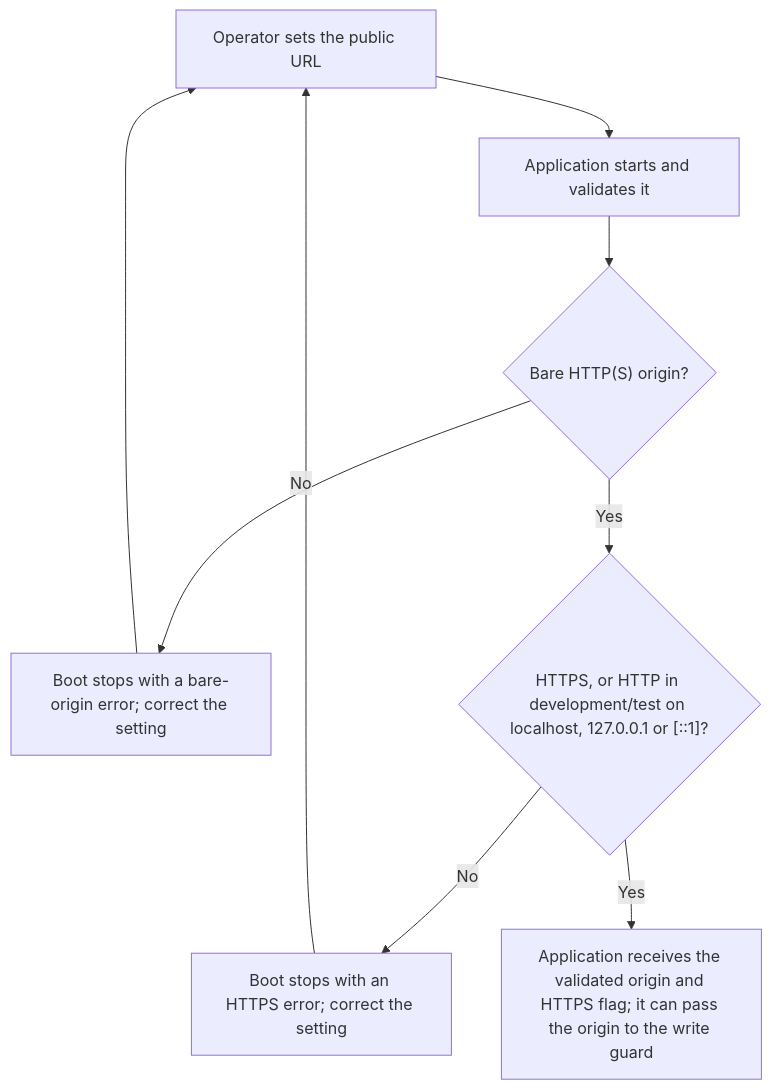
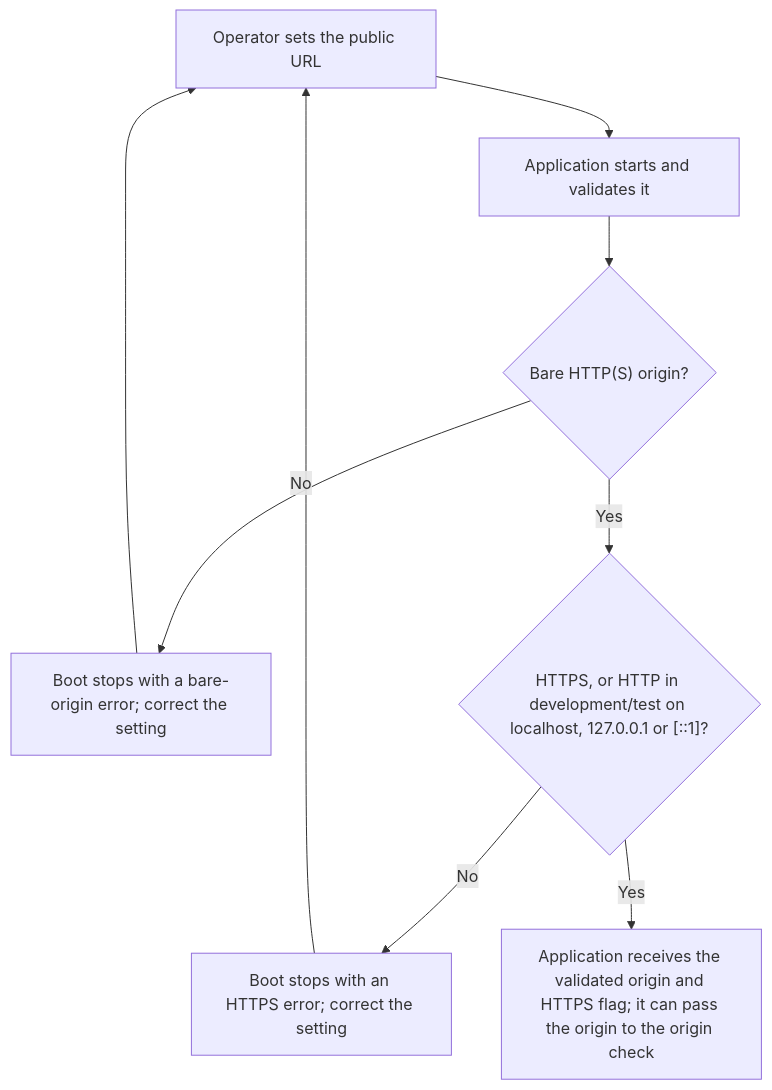
The first of 2 diagrams in user-stories/US-ORIGIN-02-validate-public-origin.md (Kevinjohn/oss-adonisjs-origin-guard), drawn with Mermaid before and after one commit. The commit also changed other lines of this file and 24 other files, not shown here.

Commit message:
Align origin-check middleware and bound check output (#57)

````diff
--- a/user-stories/US-ORIGIN-02-validate-public-origin.md
+++ b/user-stories/US-ORIGIN-02-validate-public-origin.md
@@ -28,11 +28,11 @@
 ```mermaid
 flowchart TD
     A["Operator sets the public URL"] --> B["Application starts and validates it"]
     B --> C{"Bare HTTP(S) origin?"}
     C -->|No| D["Boot stops with a bare-origin error; correct the setting"]
     C -->|Yes| E{"HTTPS, or HTTP in development/test on localhost, 127.0.0.1 or [::1]?"}
     E -->|No| F["Boot stops with an HTTPS error; correct the setting"]
-    E -->|Yes| G["Application receives the validated origin and HTTPS flag; it can pass the origin to the write guard"]
+    E -->|Yes| G["Application receives the validated origin and HTTPS flag; it can pass the origin to the origin check"]
     D --> A
     F --> A
 ```
````
